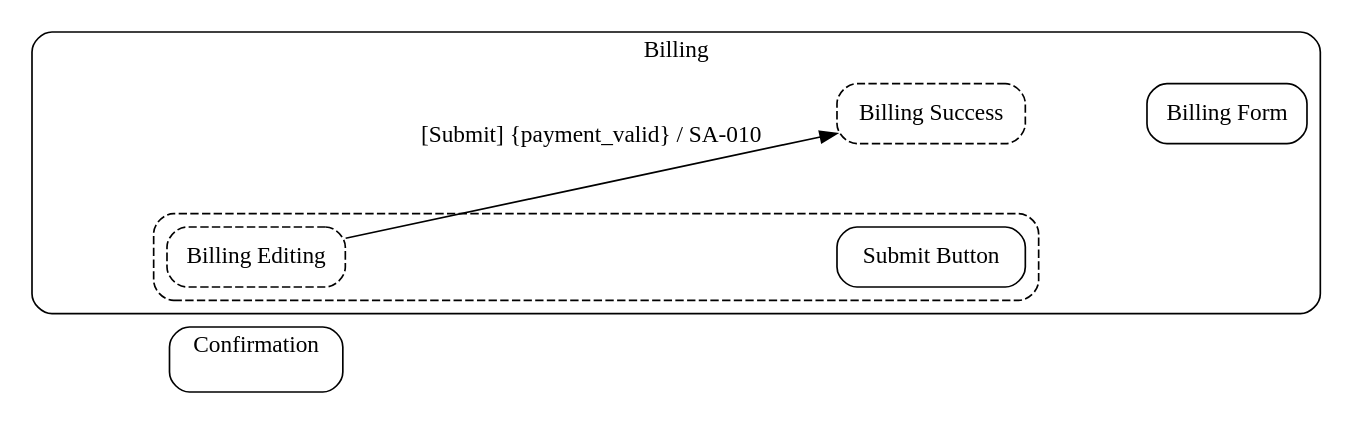
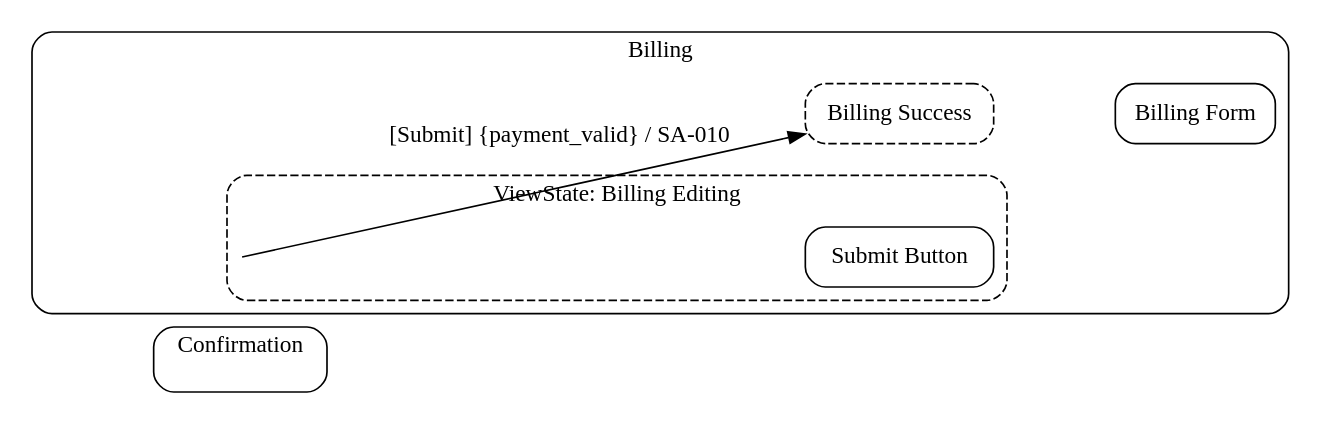
Before and after one commit to knutopia/Structured-Design-Documents: the diagram in examples/rendered/v0.1/ui_contracts_diagram_type/place_viewstate_transition_example/simple_profile/place_viewstate_transition.ui_contracts.dot, drawn with Graphviz. The commit also changed 31 other files, not shown here.

```diff
--- a/examples/rendered/v0.1/ui_contracts_diagram_type/place_viewstate_transition_example/simple_profile/place_viewstate_transition.ui_contracts.dot
+++ b/examples/rendered/v0.1/ui_contracts_diagram_type/place_viewstate_transition_example/simple_profile/place_viewstate_transition.ui_contracts.dot
@@ -1,26 +1,26 @@
 digraph ui_contracts {
   rankdir=LR;
   graph [fontname="Public Sans", compound=true, nodesep=0.7, ranksep=1.0];
   node [fontname="Public Sans"];
   edge [fontname="Public Sans"];
   subgraph cluster_P_010 {
     graph [label="Billing", style="rounded"];
     "P-010__anchor" [label="", shape="point", width=0, height=0, style="invis"];
     subgraph cluster_VS_010a {
-      graph [label="", style="rounded,dashed"];
-      "VS-010a" [shape="box", style="rounded,dashed", label="Billing Editing"];
+      graph [label="ViewState: Billing Editing", style="rounded,dashed"];
+      "VS-010a__anchor" [label="", shape="point", width=0, height=0, style="invis"];
       "C-011" [shape="box", style="rounded", label="Submit Button"];
     }
     "VS-010b" [shape="box", style="rounded,dashed", label="Billing Success"];
     "C-010" [shape="box", style="rounded", label="Billing Form"];
   }
   subgraph cluster_P_011 {
     graph [label="Confirmation", style="rounded"];
     "P-011__anchor" [label="", shape="point", width=0, height=0, style="invis"];
   }
   "P-010__anchor" -> "P-011__anchor" [style=invis, weight=100];
-  "P-010__anchor" -> "VS-010a" [style=invis, weight=100];
+  "P-010__anchor" -> "VS-010a__anchor" [style=invis, weight=100];
   "VS-010b" -> "C-010" [style=invis, weight=100];
-  "VS-010a" -> "C-011" [style=invis, weight=100];
-  "VS-010a" -> "VS-010b" [label="[Submit] {payment_valid} / SA-010", style="solid", weight=4];
+  "VS-010a__anchor" -> "C-011" [style=invis, weight=100];
+  "VS-010a__anchor" -> "VS-010b" [label="[Submit] {payment_valid} / SA-010", style="solid", weight=4];
 }
```
